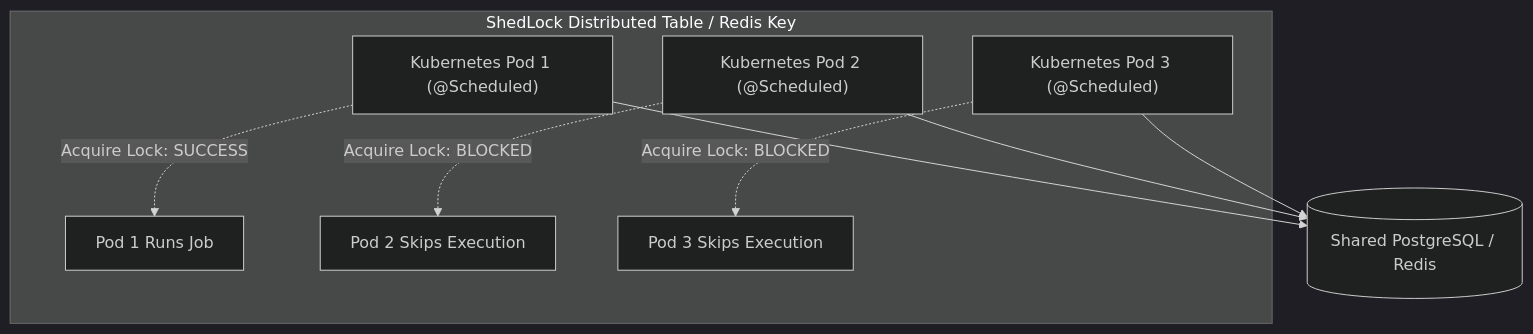
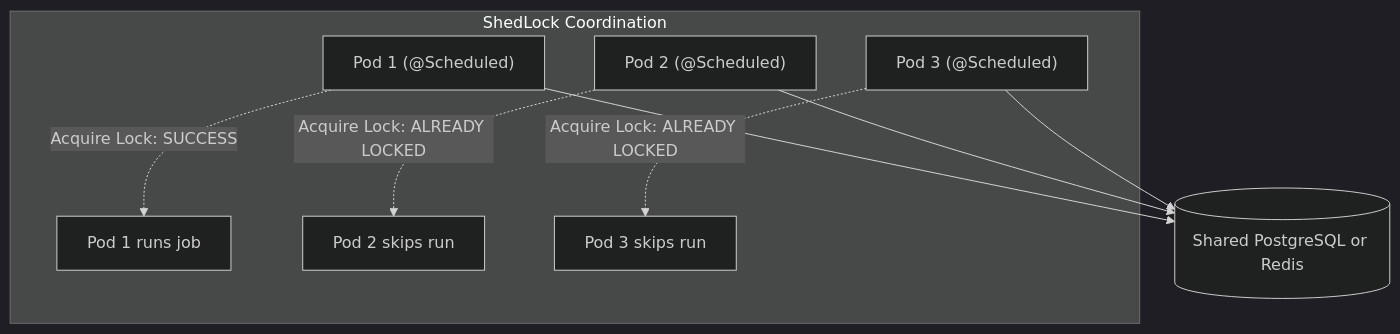
Before and after one commit to ravishankar2463/java_hub: the fourth of 4 diagrams in content/roadmap/level-8/spring-events-caching-scheduling.md, drawn with Mermaid (dark theme). The commit also changed other lines of this file and 119 other files, not shown here.

Commit message:
feat: add comprehensive java learning roadmap content across multiple levels

````diff
--- a/content/roadmap/level-8/spring-events-caching-scheduling.md
+++ b/content/roadmap/level-8/spring-events-caching-scheduling.md
@@ -288,12 +380,12 @@
 ```mermaid
 flowchart TD
-    Pod1["Kubernetes Pod 1 (@Scheduled)"] --> DB[(Shared PostgreSQL / Redis)]
-    Pod2["Kubernetes Pod 2 (@Scheduled)"] --> DB
-    Pod3["Kubernetes Pod 3 (@Scheduled)"] --> DB
+    Pod1["Pod 1 (@Scheduled)"] --> LockStore[("Shared PostgreSQL or Redis")]
+    Pod2["Pod 2 (@Scheduled)"] --> LockStore
+    Pod3["Pod 3 (@Scheduled)"] --> LockStore
 
-    subgraph LockMechanism ["ShedLock Distributed Table / Redis Key"]
-        Pod1 -.->|Acquire Lock: SUCCESS| Winner["Pod 1 Runs Job"]
-        Pod2 -.->|Acquire Lock: BLOCKED| Skip2["Pod 2 Skips Execution"]
-        Pod3 -.->|Acquire Lock: BLOCKED| Skip3["Pod 3 Skips Execution"]
+    subgraph LockCoordination["ShedLock Coordination"]
+        Pod1 -.->|"Acquire Lock: SUCCESS"| Winner["Pod 1 runs job"]
+        Pod2 -.->|"Acquire Lock: ALREADY LOCKED"| Skip2["Pod 2 skips run"]
+        Pod3 -.->|"Acquire Lock: ALREADY LOCKED"| Skip3["Pod 3 skips run"]
     end
 ```
````
